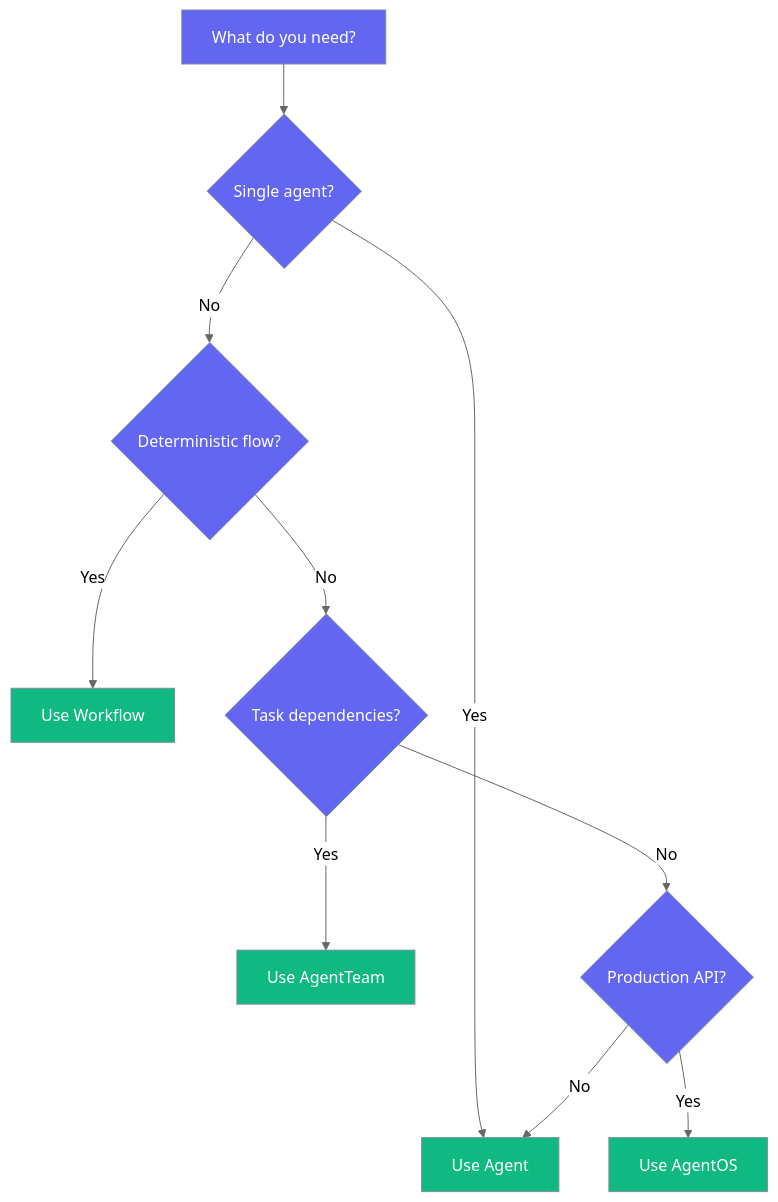
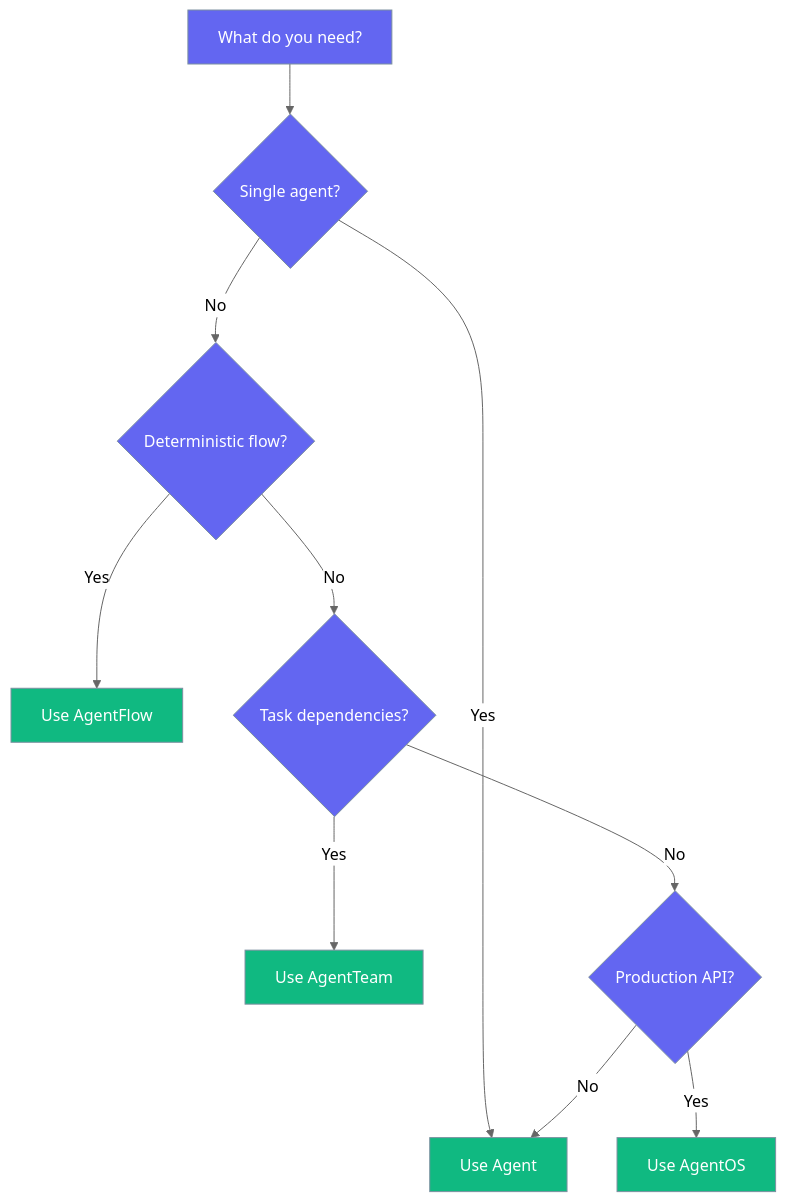
Before and after one commit to MervinPraison/PraisonAIDocs: the second of 2 diagrams in docs/concepts/core-components.mdx, drawn with Mermaid (neutral theme). The commit also changed other lines of this file and 12 other files, not shown here.

````diff
--- a/docs/concepts/core-components.mdx
+++ b/docs/concepts/core-components.mdx
@@ -187,18 +202,18 @@
 ```mermaid
 graph TD
     Start[What do you need?] --> Q1{Single agent?}
     Q1 -->|Yes| Agent[Use Agent]
     Q1 -->|No| Q2{Deterministic flow?}
-    Q2 -->|Yes| Workflow[Use Workflow]
+    Q2 -->|Yes| AgentFlow[Use AgentFlow]
     Q2 -->|No| Q3{Task dependencies?}
     Q3 -->|Yes| AgentTeam[Use AgentTeam]
     Q3 -->|No| Q4{Production API?}
     Q4 -->|Yes| AgentOS[Use AgentOS]
     Q4 -->|No| Agent
     
     classDef question fill:#6366F1,stroke:#7C90A0,color:#fff
     classDef answer fill:#10B981,stroke:#7C90A0,color:#fff
     
     class Start,Q1,Q2,Q3,Q4 question
-    class Agent,Workflow,AgentTeam,AgentOS answer
+    class Agent,AgentFlow,AgentTeam,AgentOS answer
 ```
````
